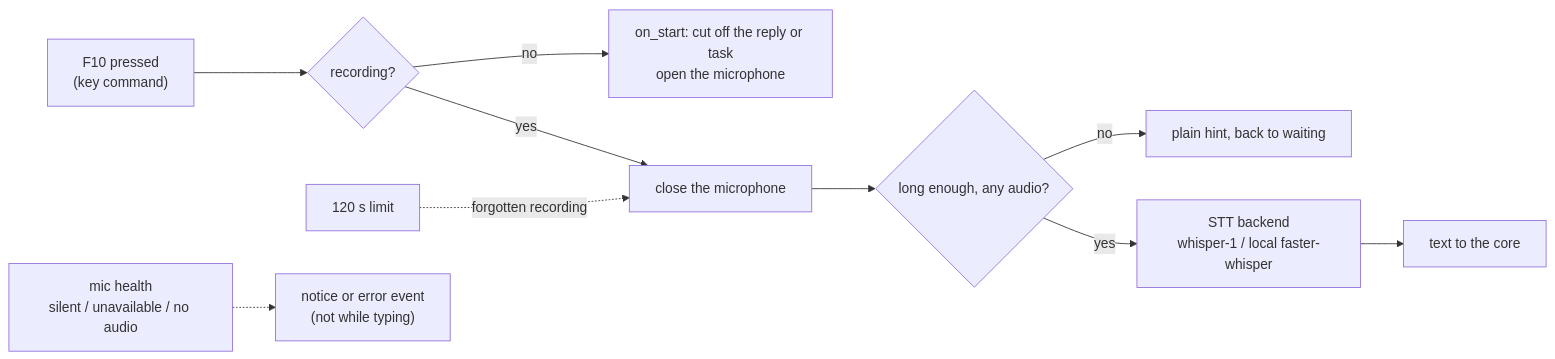
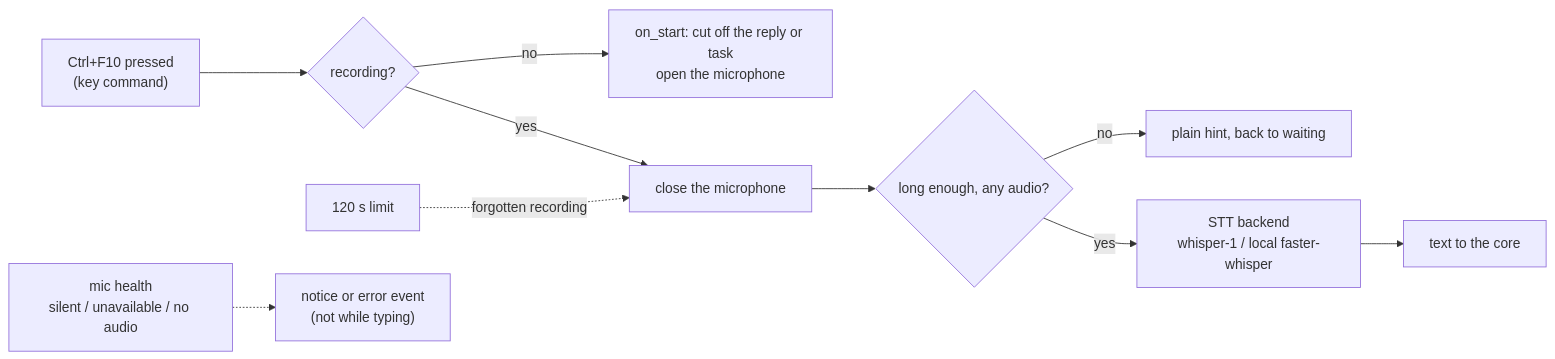
Before and after one commit to siddh30/prometheus-voice-control: the third of 16 diagrams in DESIGN.md, drawn with Mermaid. The commit also changed other lines of this file and 21 other files, not shown here.

Commit message:
Hotkeys are Control+key (Ctrl+F9, Ctrl+F10, Ctrl+F12); Citrix mode button types dictation key by key instead of pasting

````diff
--- a/DESIGN.md
+++ b/DESIGN.md
@@ -238,12 +238,12 @@
 ```mermaid
 flowchart LR
-    KEY["F10 pressed<br/>(key command)"] --> REC{"recording?"}
+    KEY["Ctrl+F10 pressed<br/>(key command)"] --> REC{"recording?"}
     REC -- no --> START["on_start: cut off the reply or task<br/>open the microphone"]
     REC -- yes --> SEND["close the microphone"]
     SEND --> LEN{"long enough, any audio?"}
     LEN -- no --> HINT["plain hint, back to waiting"]
     LEN -- yes --> STT["STT backend<br/>whisper-1 / local faster-whisper"]
     STT --> TURN["text to the core"]
     CAP["120 s limit"] -. "forgotten recording" .-> SEND
     HEALTH["mic health<br/>silent / unavailable / no audio"] -.-> NOTICE["notice or error event<br/>(not while typing)"]
 ```
````
